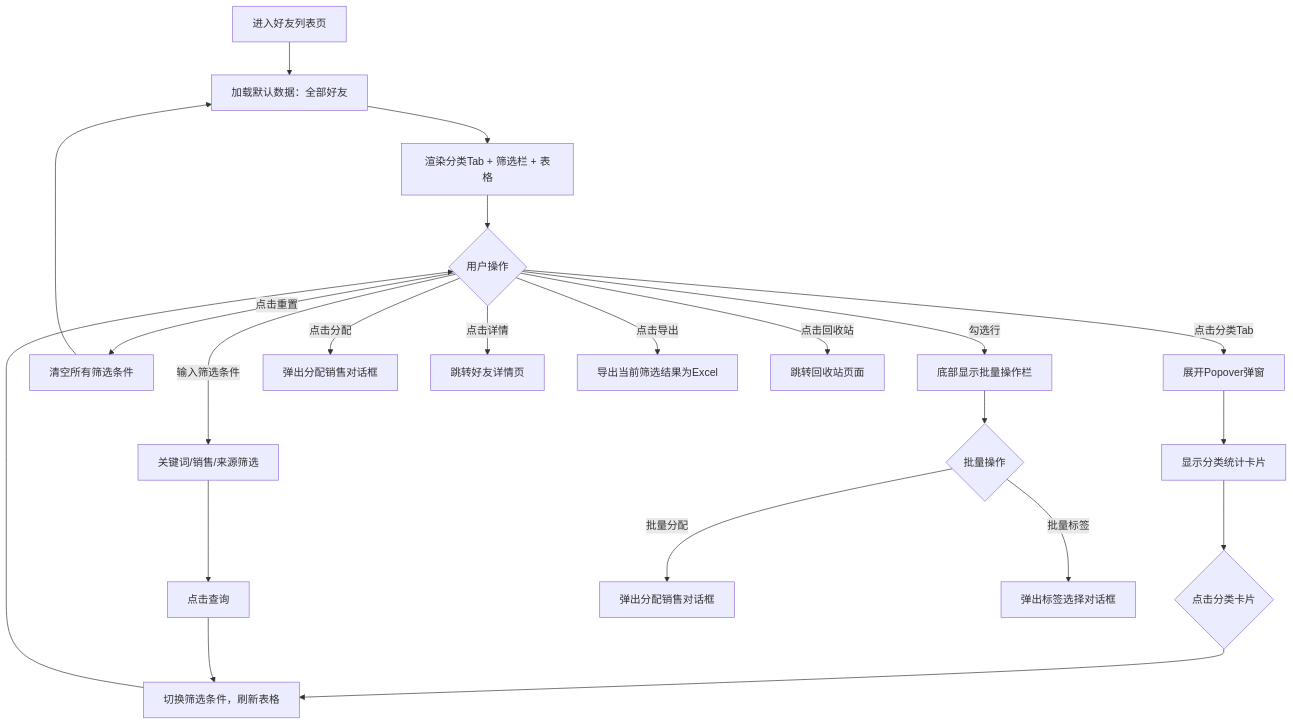
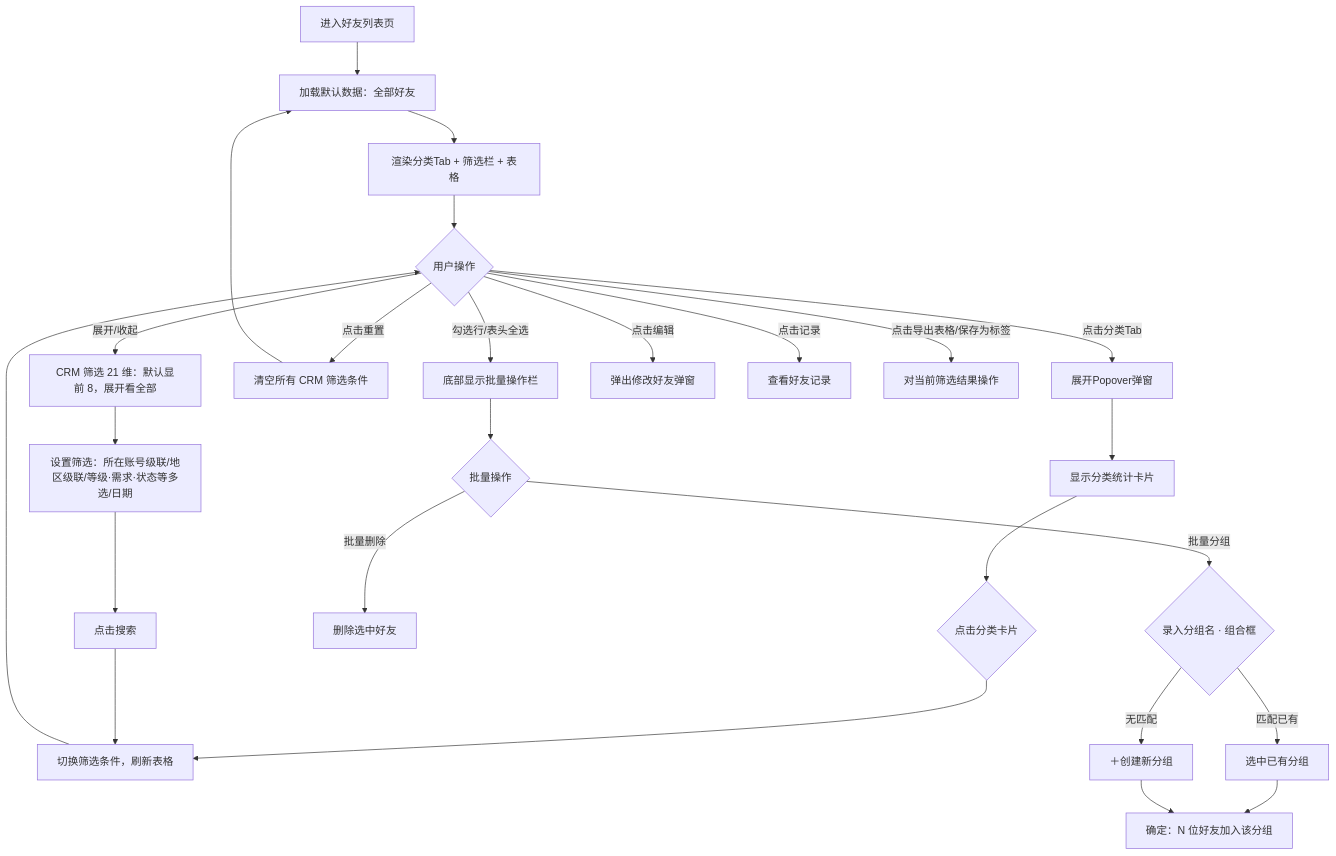
Before and after one commit to xfang9528-glitch/suiyin-admin: the first of 2 diagrams in flowcharts/friend-list.md, drawn with Mermaid. The commit also changed 2 other files, not shown here.

Commit message:
feat(friend-list): 艺星好友列表筛选换成 PC 群发选好友第一步 CRM 筛选 + 批量分组
- 筛选 1:1 复用 PC bc-fp-filters：21 维(所在账号/地区级联+等级/需求/状态多选+日期)，收起/展开
- 日期选择器无 wxDatePicker → 退化原生 input[type=date]
- 新增「批量分组」：分组名组合框「输入匹配已有/无匹配即输即建」(沿用 DR-028)
- 表头复选框=全选当页；页面改自然流式布局承载可变高度筛选
- PRD/流程图同步更新

````diff
--- a/flowcharts/friend-list.md
+++ b/flowcharts/friend-list.md
@@ -5,29 +5,33 @@
 ```mermaid
 flowchart TD
     A[进入好友列表页] --> B[加载默认数据：全部好友]
     B --> C[渲染分类Tab + 筛选栏 + 表格]
 
     C --> D{用户操作}
     D -->|点击分类Tab| E[展开Popover弹窗]
     E --> F[显示分类统计卡片]
     F --> G{点击分类卡片}
     G --> H[切换筛选条件，刷新表格]
     H --> D
 
-    D -->|输入筛选条件| I[关键词/销售/来源筛选]
-    I --> J[点击查询]
+    D -->|展开/收起| I0[CRM 筛选 21 维：默认显前 8，展开看全部]
+    I0 --> I[设置筛选：所在账号级联/地区级联/等级·需求·状态等多选/日期]
+    I --> J[点击搜索]
     J --> H
 
-    D -->|点击重置| K[清空所有筛选条件]
+    D -->|点击重置| K[清空所有 CRM 筛选条件]
     K --> B
 
-    D -->|勾选行| L[底部显示批量操作栏]
+    D -->|勾选行/表头全选| L[底部显示批量操作栏]
     L --> M{批量操作}
-    M -->|批量分配| N[弹出分配销售对话框]
-    M -->|批量标签| O[弹出标签选择对话框]
+    M -->|批量删除| N[删除选中好友]
+    M -->|批量分组| G2{录入分组名 · 组合框}
+    G2 -->|匹配已有| G3[选中已有分组]
+    G2 -->|无匹配| G4[＋创建新分组]
+    G3 --> G5[确定：N 位好友加入该分组]
+    G4 --> G5
 
-    D -->|点击分配| P[弹出分配销售对话框]
-    D -->|点击详情| Q[跳转好友详情页]
-    D -->|点击导出| R[导出当前筛选结果为Excel]
-    D -->|点击回收站| S[跳转回收站页面]
+    D -->|点击编辑| P[弹出修改好友弹窗]
+    D -->|点击记录| Q[查看好友记录]
+    D -->|点击导出表格/保存为标签| R[对当前筛选结果操作]
 ```
````
